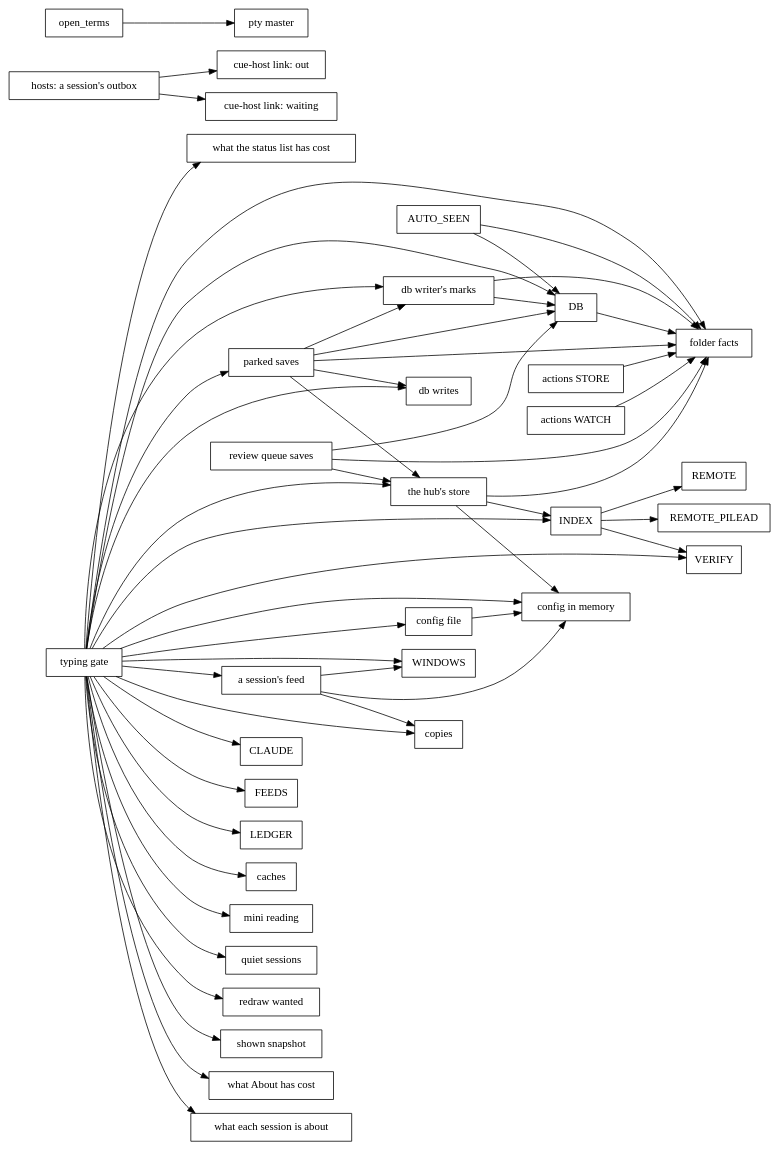
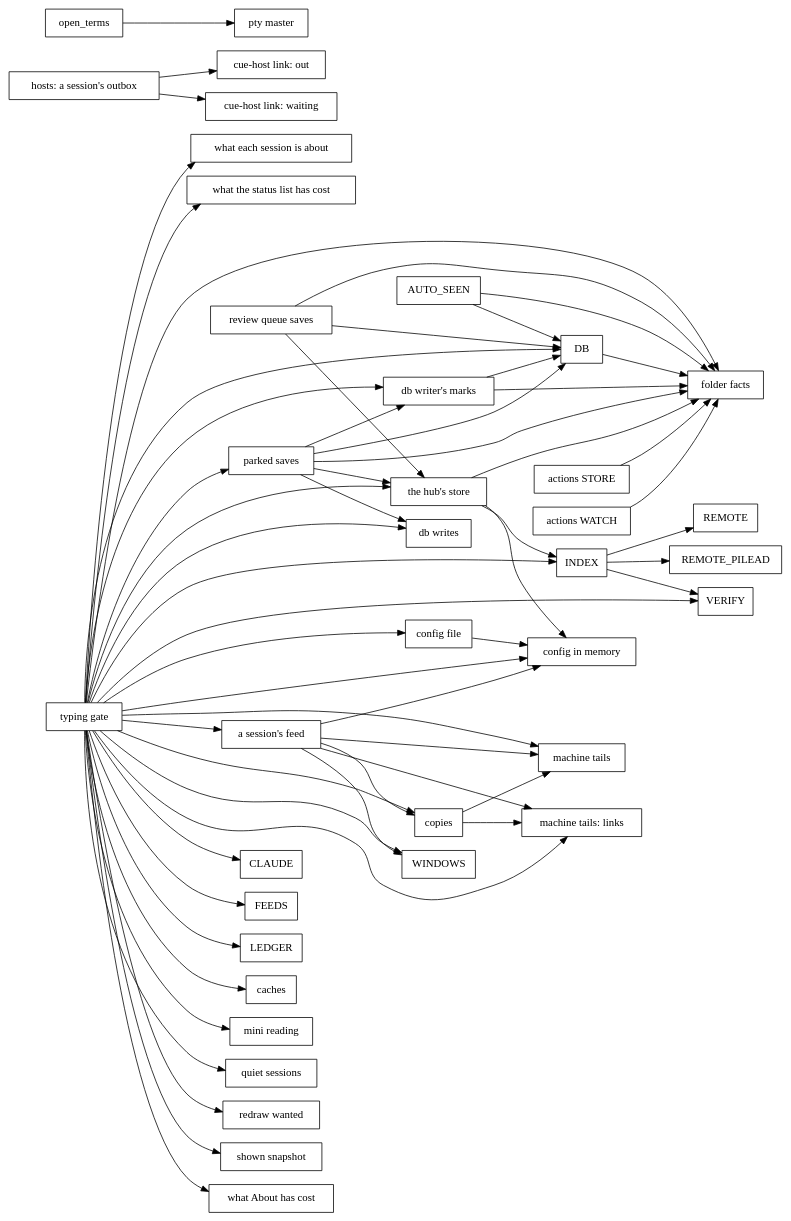
The diagram in docs/dev/lock-graph.dot (spacegrowth/cue), drawn with Graphviz before and after one commit. The commit also changed 25 other files, not shown here.

```diff
--- a/docs/dev/lock-graph.dot
+++ b/docs/dev/lock-graph.dot
@@ -1,57 +1,63 @@
 // Generated by `cargo run -p xtask -- inventory`; don't edit by hand.
 digraph locks {
   rankdir=LR;
   node [shape=box];
   "AUTO_SEEN" -> "DB";
   "AUTO_SEEN" -> "folder facts";
   "DB" -> "folder facts";
   "INDEX" -> "REMOTE";
   "INDEX" -> "REMOTE_PILEAD";
   "INDEX" -> "VERIFY";
   "a session's feed" -> "WINDOWS";
   "a session's feed" -> "config in memory";
   "a session's feed" -> "copies";
+  "a session's feed" -> "machine tails";
+  "a session's feed" -> "machine tails: links";
   "actions STORE" -> "folder facts";
   "actions WATCH" -> "folder facts";
   "config file" -> "config in memory";
+  "copies" -> "machine tails";
+  "copies" -> "machine tails: links";
   "db writer's marks" -> "DB";
   "db writer's marks" -> "folder facts";
   "hosts: a session's outbox" -> "cue-host link: out";
   "hosts: a session's outbox" -> "cue-host link: waiting";
   "open_terms" -> "pty master";
   "parked saves" -> "DB";
   "parked saves" -> "db writer's marks";
   "parked saves" -> "db writes";
   "parked saves" -> "folder facts";
   "parked saves" -> "the hub's store";
   "review queue saves" -> "DB";
   "review queue saves" -> "folder facts";
   "review queue saves" -> "the hub's store";
   "the hub's store" -> "INDEX";
   "the hub's store" -> "config in memory";
   "the hub's store" -> "folder facts";
   "typing gate" -> "CLAUDE";
   "typing gate" -> "DB";
   "typing gate" -> "FEEDS";
   "typing gate" -> "INDEX";
   "typing gate" -> "LEDGER";
   "typing gate" -> "VERIFY";
   "typing gate" -> "WINDOWS";
   "typing gate" -> "a session's feed";
   "typing gate" -> "caches";
   "typing gate" -> "config file";
   "typing gate" -> "config in memory";
   "typing gate" -> "copies";
   "typing gate" -> "db writer's marks";
   "typing gate" -> "db writes";
   "typing gate" -> "folder facts";
+  "typing gate" -> "machine tails";
+  "typing gate" -> "machine tails: links";
   "typing gate" -> "mini reading";
   "typing gate" -> "parked saves";
   "typing gate" -> "quiet sessions";
   "typing gate" -> "redraw wanted";
   "typing gate" -> "shown snapshot";
   "typing gate" -> "the hub's store";
   "typing gate" -> "what About has cost";
   "typing gate" -> "what each session is about";
   "typing gate" -> "what the status list has cost";
 }
```
